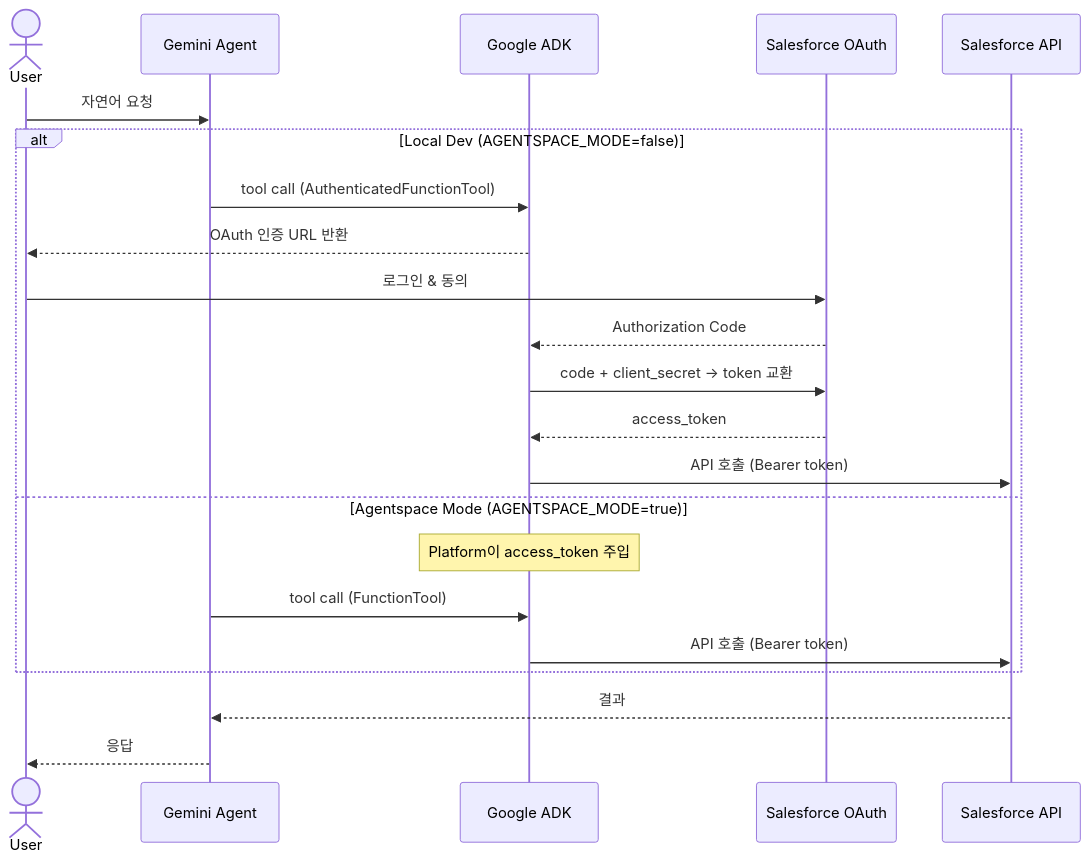
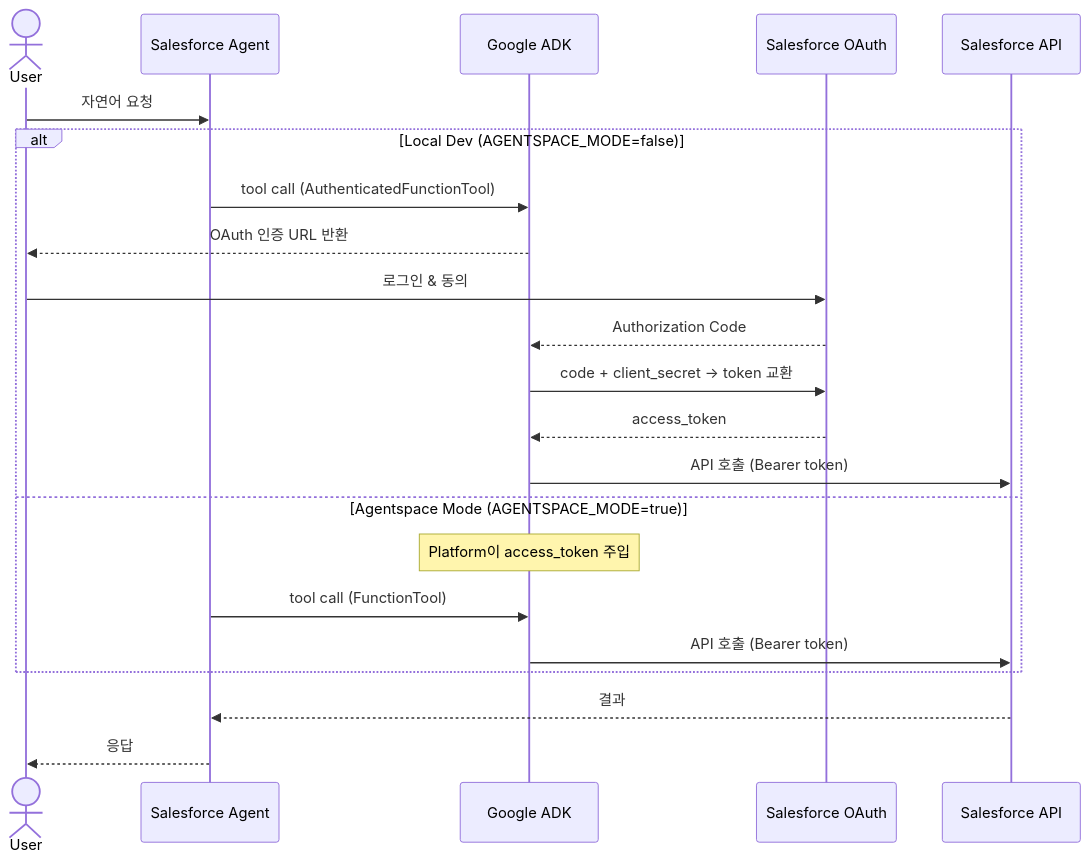
Before and after one commit to kktae/salesforce-agent: the second of 2 diagrams in README.md, drawn with Mermaid. The commit also changed other lines of this file, not shown here.

Commit message:
docs: rename Gemini Agent to Salesforce Agent in diagrams, remove Consumer wording

````diff
--- a/README.md
+++ b/README.md
@@ -38,27 +38,27 @@
 ```mermaid
 sequenceDiagram
     actor User
-    participant Agent as Gemini Agent
+    participant Agent as Salesforce Agent
     participant ADK as Google ADK
     participant SF_OAuth as Salesforce OAuth
     participant SF_API as Salesforce API
 
     User->>Agent: 자연어 요청
 
     alt Local Dev (AGENTSPACE_MODE=false)
         Agent->>ADK: tool call (AuthenticatedFunctionTool)
         ADK-->>User: OAuth 인증 URL 반환
         User->>SF_OAuth: 로그인 & 동의
         SF_OAuth-->>ADK: Authorization Code
         ADK->>SF_OAuth: code + client_secret → token 교환
         SF_OAuth-->>ADK: access_token
         ADK->>SF_API: API 호출 (Bearer token)
     else Agentspace Mode (AGENTSPACE_MODE=true)
         Note over ADK: Platform이 access_token 주입
         Agent->>ADK: tool call (FunctionTool)
         ADK->>SF_API: API 호출 (Bearer token)
     end
 
     SF_API-->>Agent: 결과
     Agent-->>User: 응답
 ```
````
